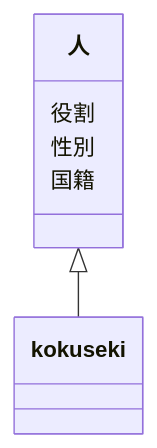
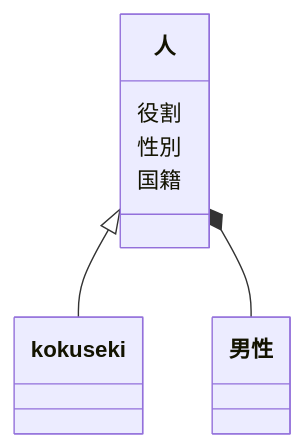
Before and after one commit to tpu-game-2022/mermaid_test: the second of 2 diagrams in README.md, drawn with Mermaid.

Commit message:
クラス図テスト08

````diff
--- a/README.md
+++ b/README.md
@@ -66,8 +66,9 @@
 ```mermaid
 classDiagram
 人 <|-- kokuseki
 人 : 役割
 人 : 性別
 人 : 国籍
+人 *-- 男性
 
 ```
````
